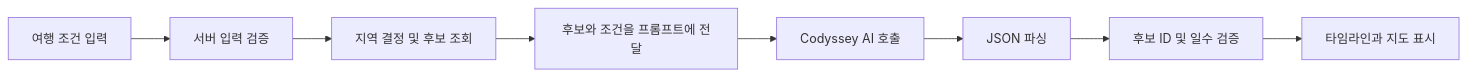
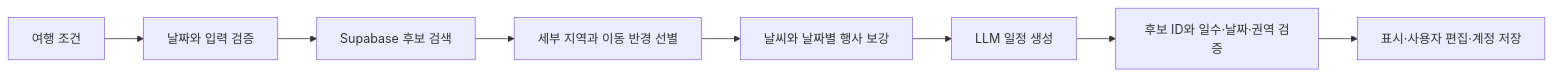
Before and after one commit to inyoung7-lab/AI-Travel-Planner: the first of 2 diagrams in README.md, drawn with Mermaid. The commit also changed other lines of this file and 49 other files, not shown here.

````diff
--- a/README.md
+++ b/README.md
@@ -149,10 +92,10 @@
 ```mermaid
 flowchart LR
-    I[여행 조건 입력] --> V[서버 입력 검증]
-    V --> R[지역 결정 및 후보 조회]
-    R --> P[후보와 조건을 프롬프트에 전달]
-    P --> L[Codyssey AI 호출]
-    L --> J[JSON 파싱]
-    J --> C[후보 ID 및 일수 검증]
-    C --> U[타임라인과 지도 표시]
+    I[여행 조건] --> V[날짜와 입력 검증]
+    V --> D[Supabase 후보 검색]
+    D --> F[세부 지역과 이동 반경 선별]
+    F --> C[날씨와 날짜별 행사 보강]
+    C --> L[LLM 일정 생성]
+    L --> H[후보 ID와 일수·날짜·권역 검증]
+    H --> U[표시·사용자 편집·계정 저장]
 ```
````
